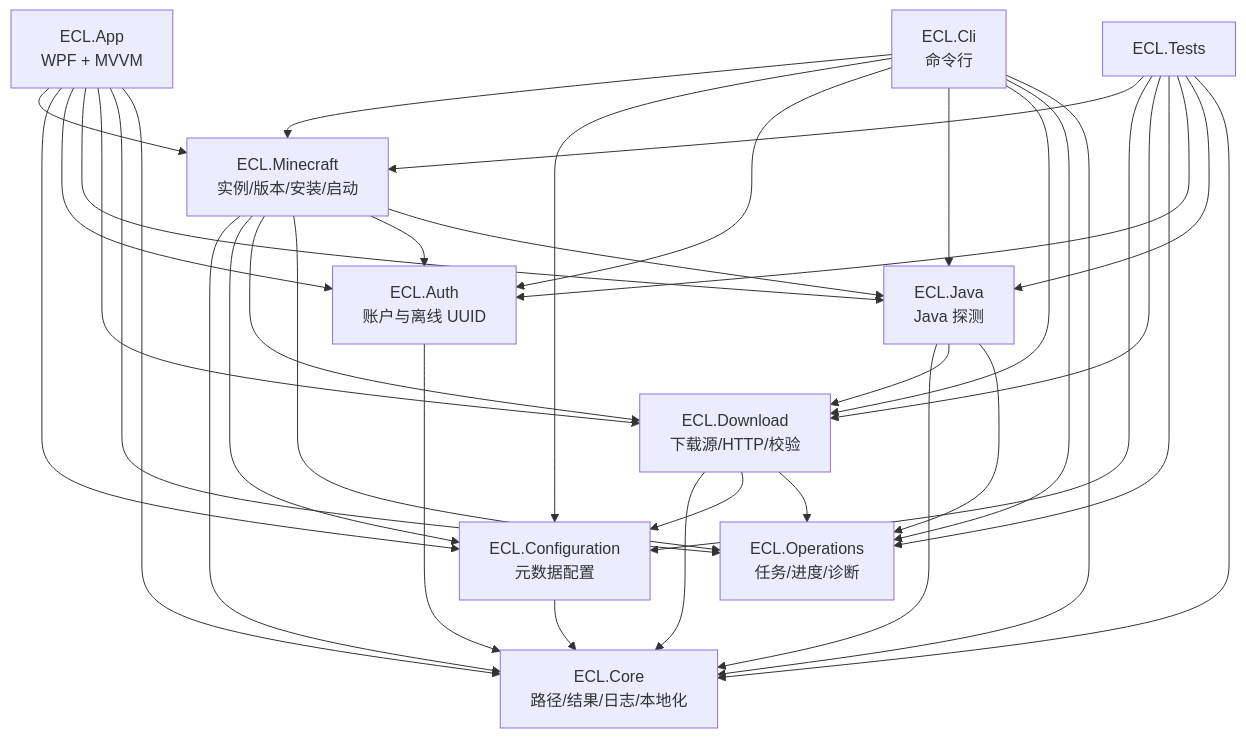
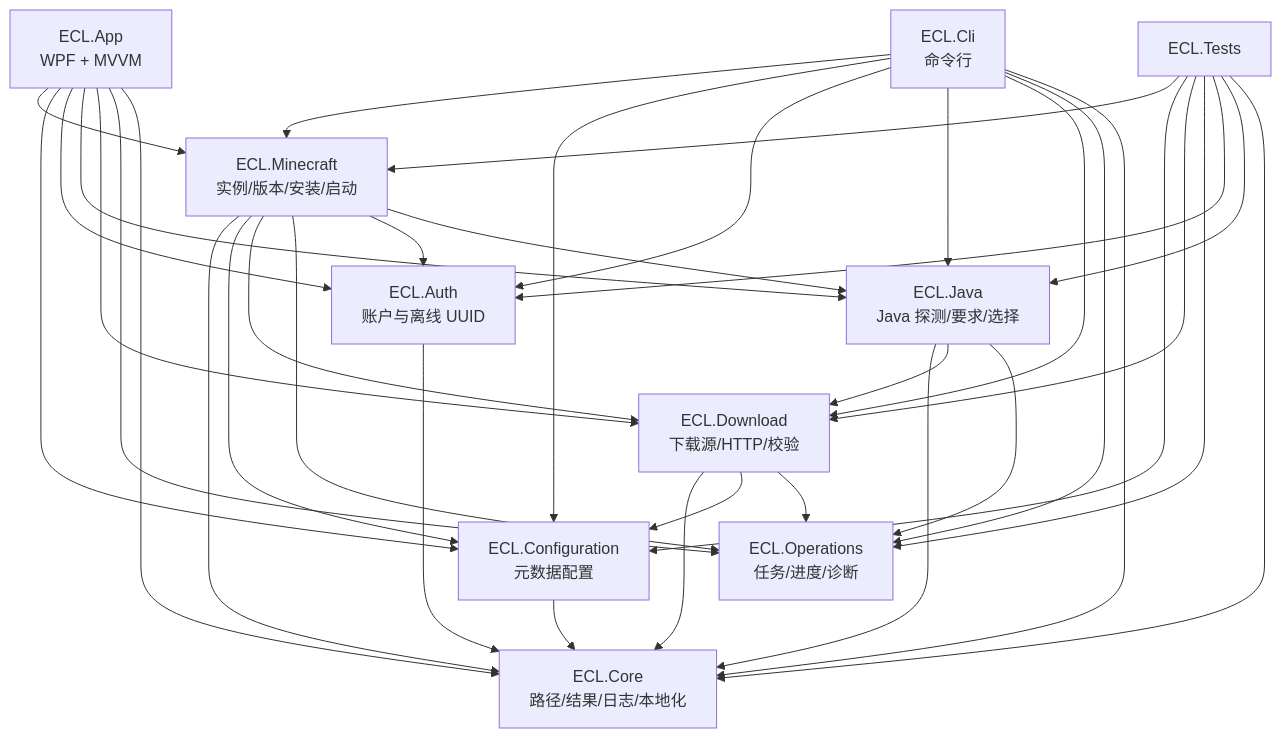
Before and after one commit to hellokug2699/Ender-Craft-Launcher: the diagram in docs/architecture.md, drawn with Mermaid. The commit also changed other lines of this file and 47 other files, not shown here.

````diff
--- a/docs/architecture.md
+++ b/docs/architecture.md
@@ -28,49 +28,49 @@
 ```mermaid
 flowchart TD
     Core[ECL.Core<br/>路径/结果/日志/本地化]
     Config[ECL.Configuration<br/>元数据配置]
     Ops[ECL.Operations<br/>任务/进度/诊断]
     Download[ECL.Download<br/>下载源/HTTP/校验]
     Auth[ECL.Auth<br/>账户与离线 UUID]
-    Java[ECL.Java<br/>Java 探测]
+    Java[ECL.Java<br/>Java 探测/要求/选择]
     MC[ECL.Minecraft<br/>实例/版本/安装/启动]
     App[ECL.App<br/>WPF + MVVM]
     Cli[ECL.Cli<br/>命令行]
     Tests[ECL.Tests]
 
     Config --> Core
     Download --> Core
     Download --> Config
     Download --> Ops
     Auth --> Core
     Java --> Core
     Java --> Download
     Java --> Ops
     MC --> Core
     MC --> Config
     MC --> Download
     MC --> Ops
     MC --> Auth
     MC --> Java
     App --> MC
     App --> Config
     App --> Auth
     App --> Java
     App --> Download
     App --> Ops
     App --> Core
     Cli --> MC
     Cli --> Config
     Cli --> Auth
     Cli --> Java
     Cli --> Download
     Cli --> Ops
     Cli --> Core
     Tests --> MC
     Tests --> Config
     Tests --> Download
     Tests --> Ops
     Tests --> Auth
     Tests --> Java
     Tests --> Core
 ```
````
